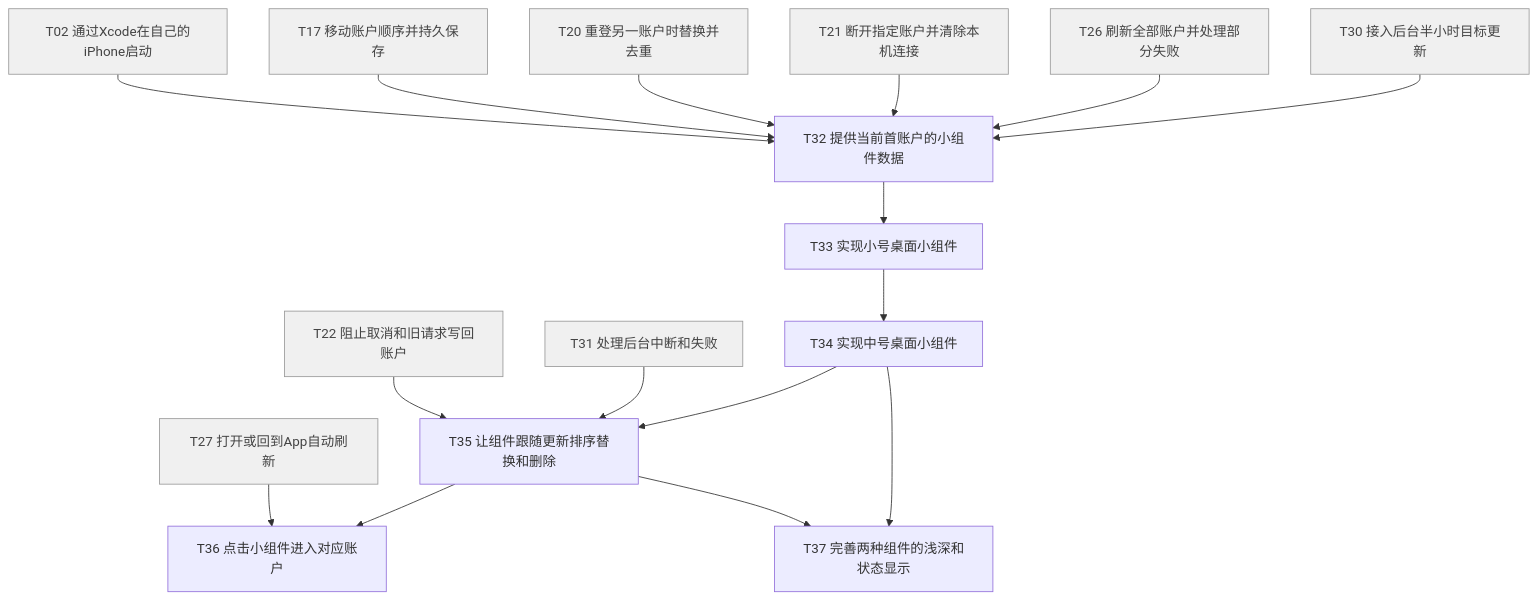
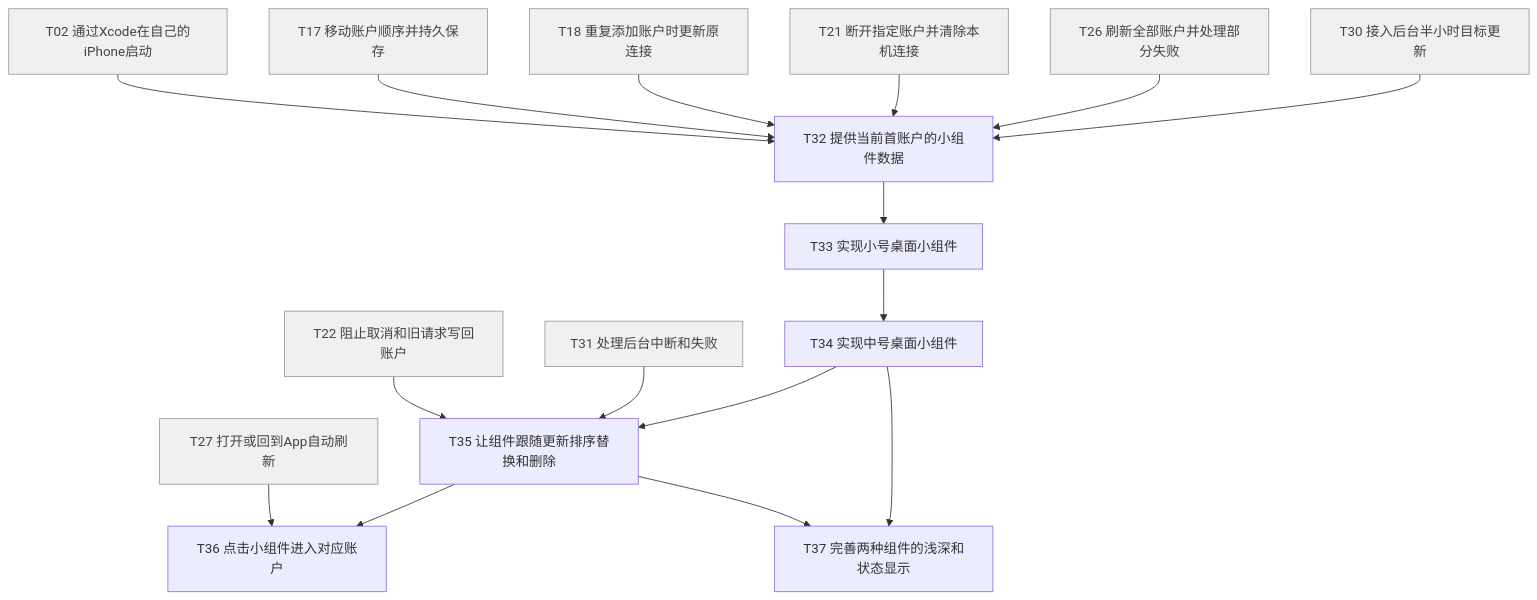
One commit to fsylviaa/subscription-usage-monitor changed the sixth of 9 diagrams in docs/mvp任务清单/README.md. Above: the diagram before and after it, drawn with Mermaid. The commit also changed other lines of this file and 43 other files, not shown here.

````diff
--- a/docs/mvp任务清单/README.md
+++ b/docs/mvp任务清单/README.md
@@ -308,34 +302,34 @@
 ```mermaid
 flowchart TD
+  T18["T18 重复添加账户时更新原连接"]:::prior
   T02["T02 通过Xcode在自己的iPhone启动"]:::prior
   T17["T17 移动账户顺序并持久保存"]:::prior
-  T20["T20 重登另一账户时替换并去重"]:::prior
   T21["T21 断开指定账户并清除本机连接"]:::prior
   T22["T22 阻止取消和旧请求写回账户"]:::prior
   T26["T26 刷新全部账户并处理部分失败"]:::prior
   T27["T27 打开或回到App自动刷新"]:::prior
   T30["T30 接入后台半小时目标更新"]:::prior
   T31["T31 处理后台中断和失败"]:::prior
   T32["T32 提供当前首账户的小组件数据"]
   T33["T33 实现小号桌面小组件"]
   T34["T34 实现中号桌面小组件"]
   T35["T35 让组件跟随更新排序替换和删除"]
   T36["T36 点击小组件进入对应账户"]
   T37["T37 完善两种组件的浅深和状态显示"]
   T02 --> T32
   T17 --> T32
-  T20 --> T32
+  T18 --> T32
   T21 --> T32
   T26 --> T32
   T30 --> T32
   T32 --> T33
   T33 --> T34
   T22 --> T35
   T31 --> T35
   T34 --> T35
   T27 --> T36
   T35 --> T36
   T34 --> T37
   T35 --> T37
   classDef prior fill:#f0f0f0,stroke:#999,color:#444
 ```
````
